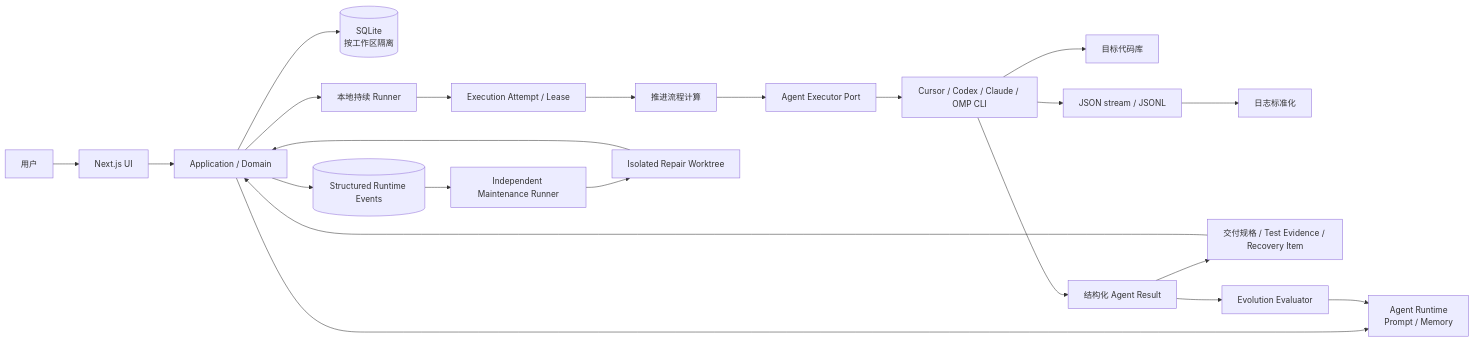
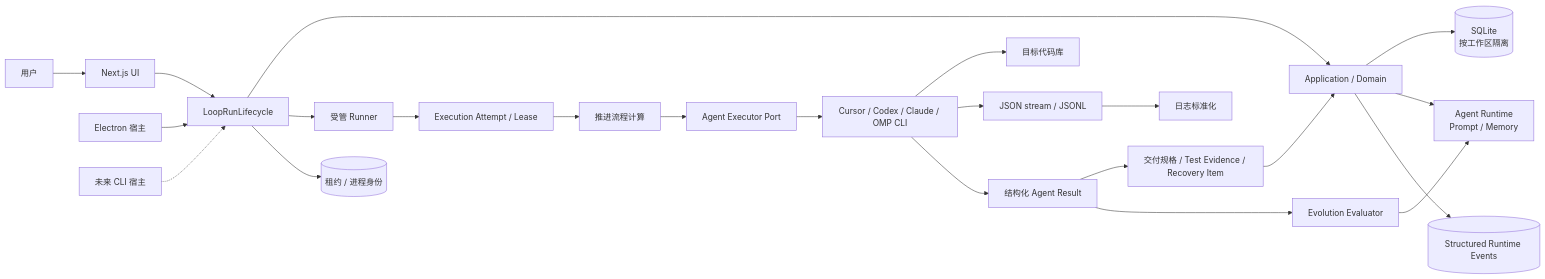
The diagram in docs/v1-technical-solution.md (InspireChina/ai4se-loop-workflow), drawn with Mermaid before and after one commit. The commit also changed other lines of this file and 54 other files, not shown here.

````diff
--- a/docs/v1-technical-solution.md
+++ b/docs/v1-technical-solution.md
@@ -26,24 +26,25 @@
 ```mermaid
 flowchart LR
   User["用户"] --> UI["Next.js UI"]
-  UI --> App["Application / Domain"]
+  UI --> Lifecycle["LoopRunLifecycle"]
+  Electron["Electron 宿主"] --> Lifecycle
+  FutureCLI["未来 CLI 宿主"] -.-> Lifecycle
+  Lifecycle --> App["Application / Domain"]
+  Lifecycle --> Runner["受管 Runner"]
+  Lifecycle --> ProcessFacts[("租约 / 进程身份")]
   App --> DB[("SQLite\n按工作区隔离")]
   App --> Profiles["Agent Runtime\nPrompt / Memory"]
-  App --> Runner["本地持续 Runner"]
   Runner --> Attempt["Execution Attempt / Lease"]
   Attempt --> Flow["推进流程计算"]
   Flow --> Executor["Agent Executor Port"]
   Executor --> CLI["Cursor / Codex / Claude / OMP CLI"]
   CLI --> Repo["目标代码库"]
   CLI --> Stream["JSON stream / JSONL"]
   Stream --> Logs["日志标准化"]
   CLI --> Result["结构化 Agent Result"]
   Result --> Evidence["交付规格 / Test Evidence / Recovery Item"]
   Evidence --> App
   Result --> Evolution["Evolution Evaluator"]
   Evolution --> Profiles
   App --> Events[("Structured Runtime Events")]
-  Events --> Maintenance["Independent Maintenance Runner"]
-  Maintenance --> Repair["Isolated Repair Worktree"]
-  Repair --> App
 ```
````
